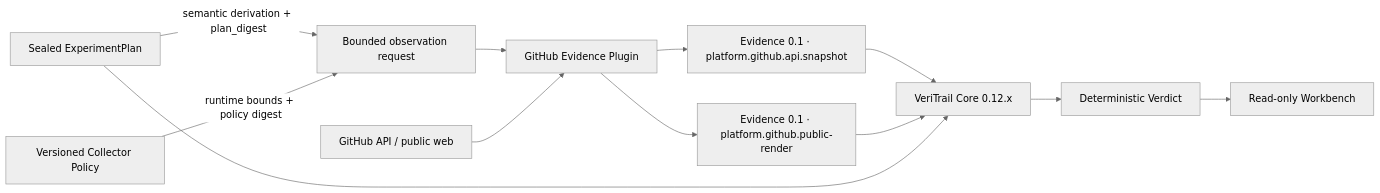
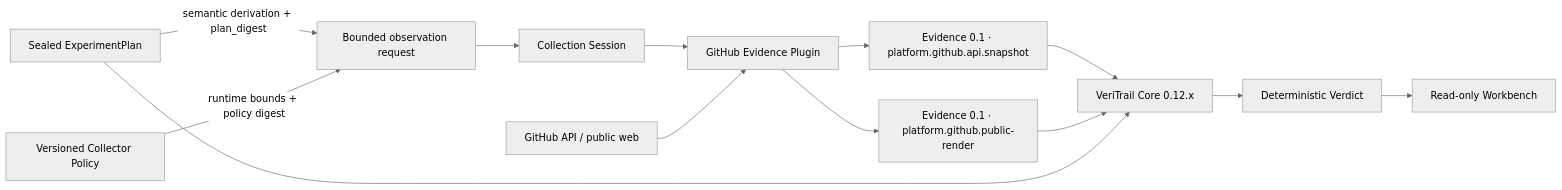
Before and after one commit to NoctilumeDev/VeriTrail: the diagram in docs/77-post-core-platform-plugin-plan.md, drawn with Mermaid (neutral theme). The commit also changed other lines of this file and 5 other files, not shown here.

Commit message:
docs: close GitHub evidence collection semantics

````diff
--- a/docs/77-post-core-platform-plugin-plan.md
+++ b/docs/77-post-core-platform-plugin-plan.md
@@ -29,14 +29,15 @@
 ```mermaid
 flowchart LR
     Plan["Sealed ExperimentPlan"] -->|"semantic derivation + plan_digest"| Request["Bounded observation request"]
     Policy["Versioned Collector Policy"] -->|"runtime bounds + policy digest"| Request
-    Request --> Plugin["GitHub Evidence Plugin"]
+    Request --> Session["Collection Session"]
+    Session --> Plugin["GitHub Evidence Plugin"]
     GitHub["GitHub API / public web"] --> Plugin
     Plugin --> ApiEvidence["Evidence 0.1 · platform.github.api.snapshot"]
     Plugin --> RenderEvidence["Evidence 0.1 · platform.github.public-render"]
     ApiEvidence --> Core["VeriTrail Core 0.12.x"]
     RenderEvidence --> Core
     Plan --> Core
     Core --> Verdict["Deterministic Verdict"]
     Verdict --> Workbench["Read-only Workbench"]
 ```
````
